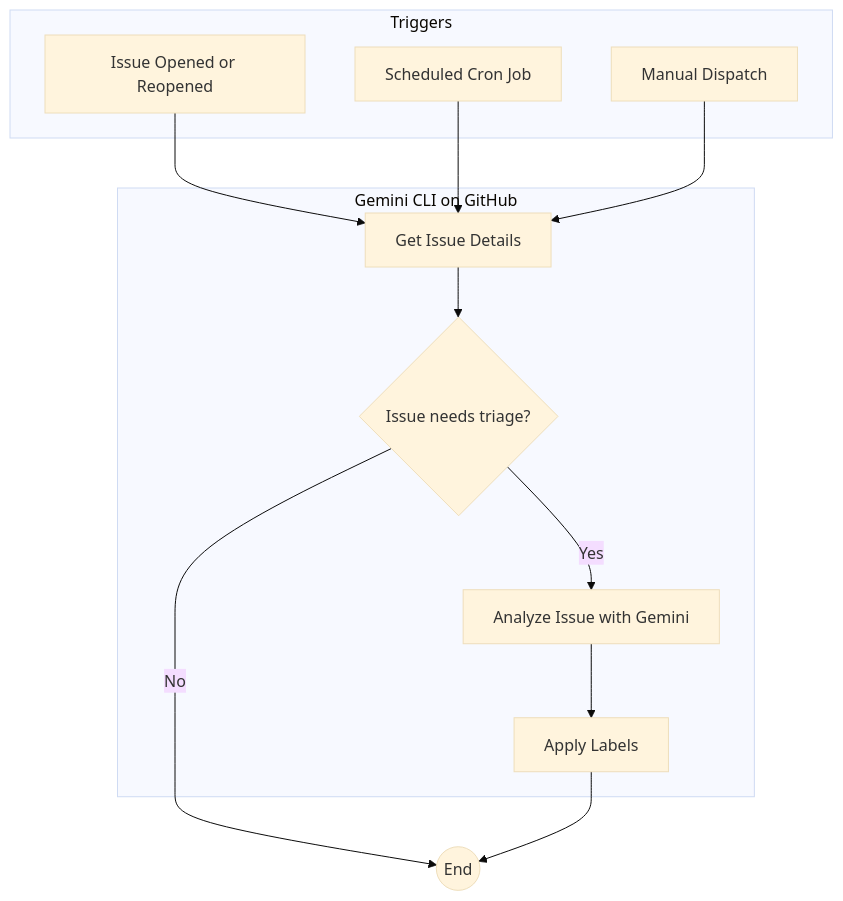
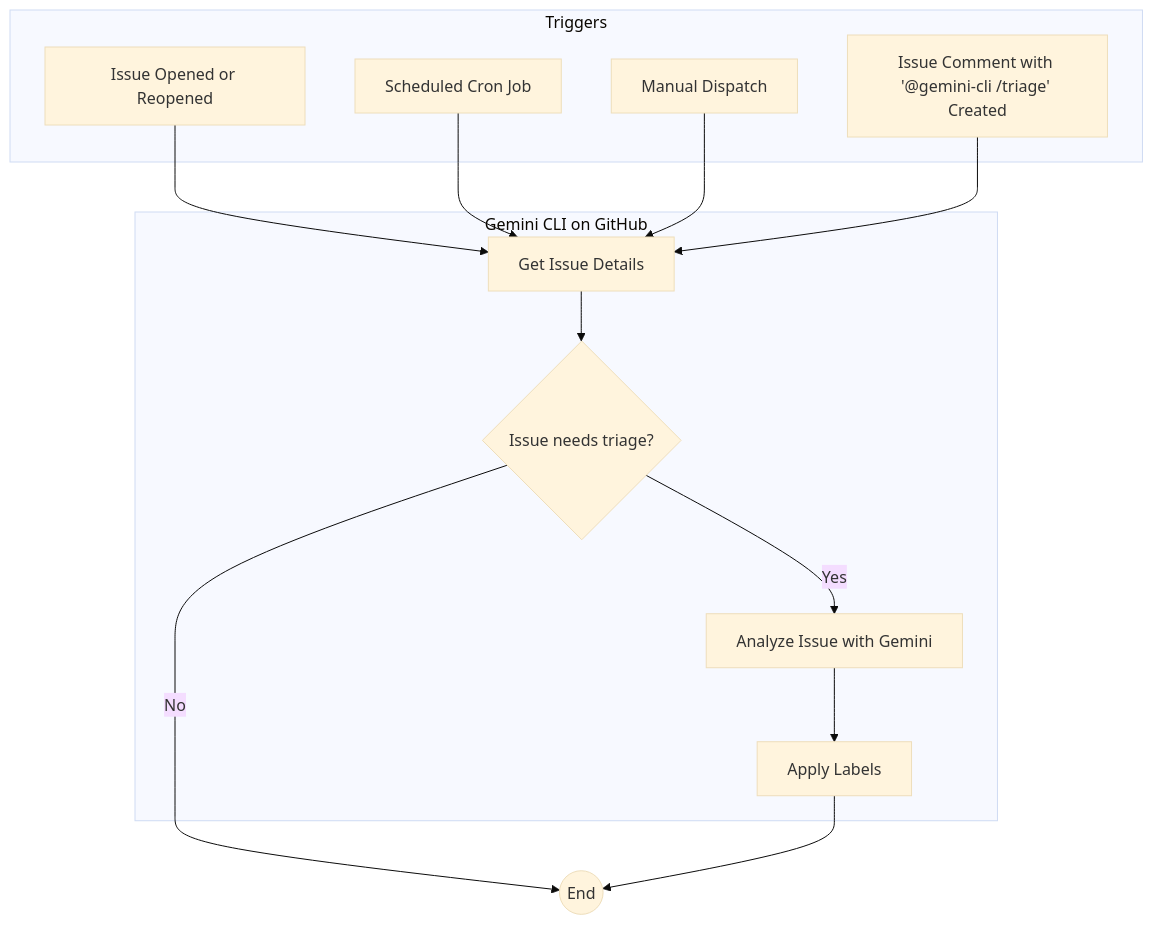
The diagram in docs/issue-triage.md (google-github-actions/run-gemini-cli), drawn with Mermaid (base theme) before and after one commit. The commit also changed other lines of this file and 2 other files, not shown here.

Commit message:
support issue_comment, label and workflow_dispatch triggers for issue triage
This commit adds supports for all needed triggers for issue triage workflows.

````diff
--- a/docs/issue-triage.md
+++ b/docs/issue-triage.md
@@ -15,24 +15,26 @@
 ```mermaid
 graph TD
     subgraph "Triggers"
         A[Issue Opened or Reopened]
         B[Scheduled Cron Job]
         C[Manual Dispatch]
+        D[Issue Comment with '@gemini-cli /triage' Created]
     end
 
     subgraph "Gemini CLI on GitHub"
-        D[Get Issue Details]
-        E{Issue needs triage?}
-        F[Analyze Issue with Gemini]
-        G[Apply Labels]
+        E[Get Issue Details]
+        F{Issue needs triage?}
+        G[Analyze Issue with Gemini]
+        H[Apply Labels]
     end
 
-    A --> D
-    B --> D
-    C --> D
+    A --> E
+    B --> E
+    C --> E
     D --> E
-    E -- Yes --> F
-    F --> G
-    E -- No --> J((End))
-    G --> J
+    E --> F
+    F -- Yes --> G
+    G --> H
+    F -- No --> J((End))
+    H --> J
 ```
````
